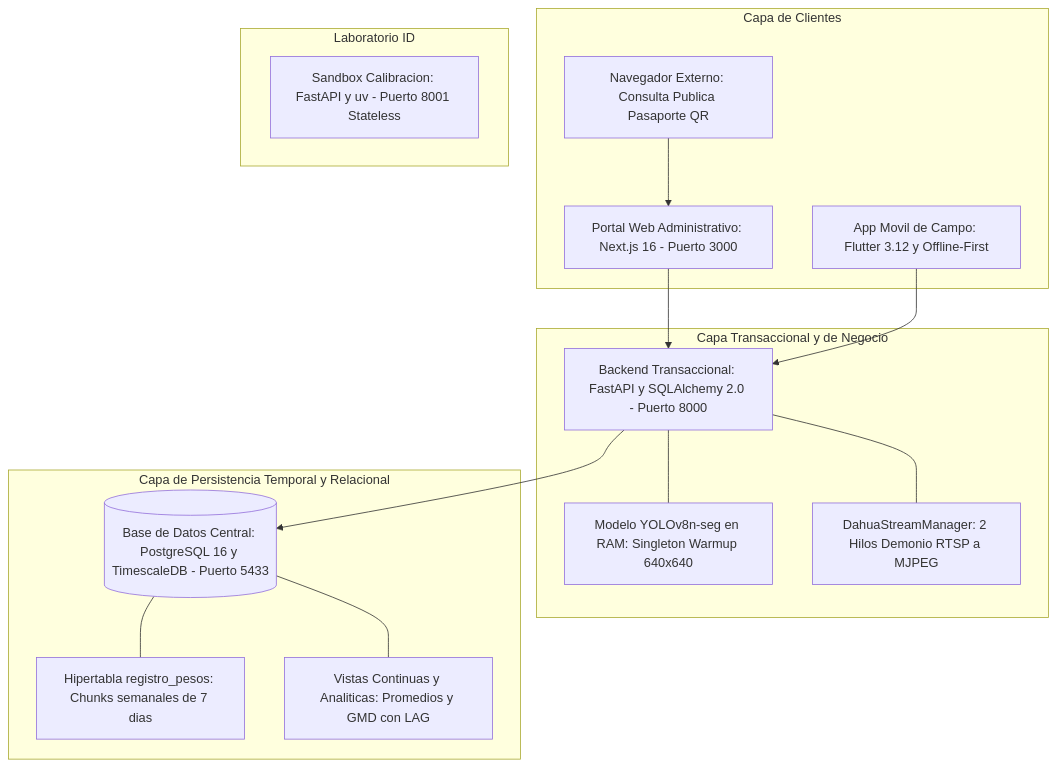
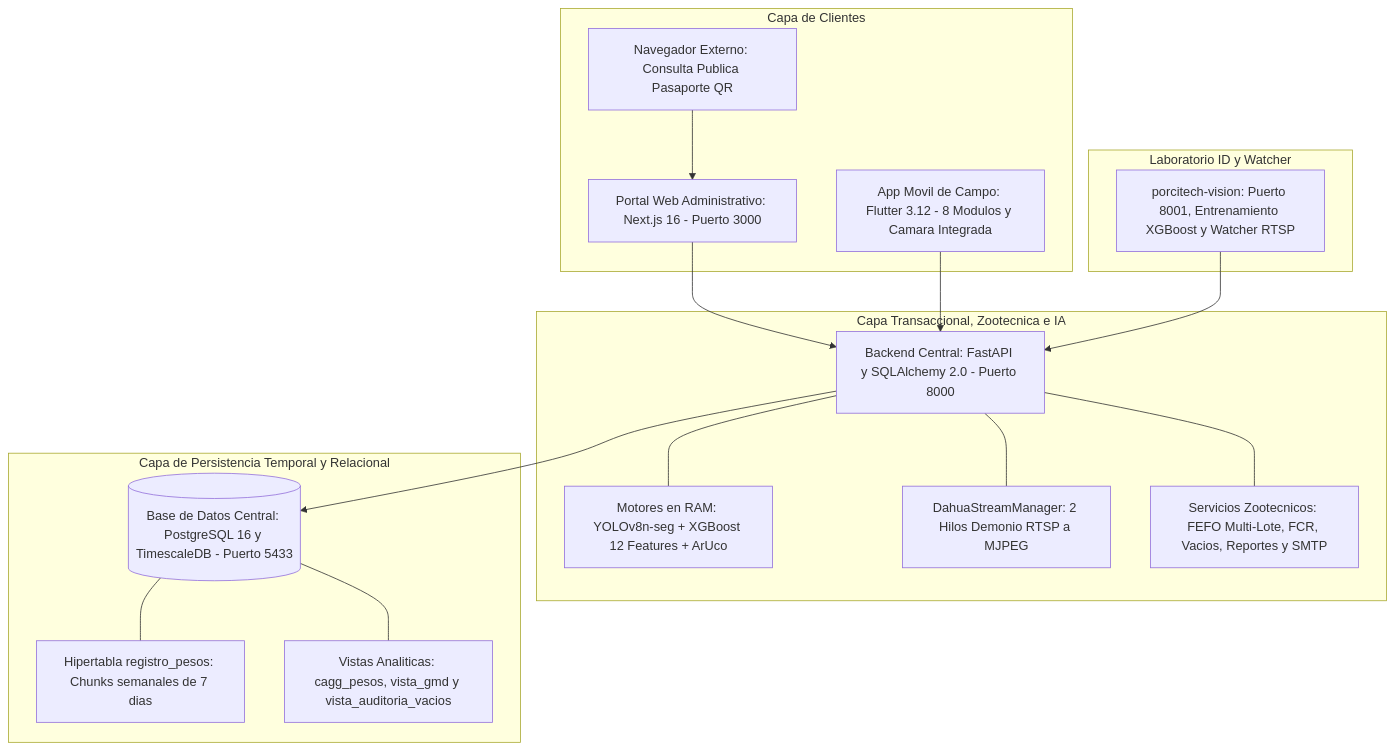
Before and after one commit to DevAvirama/CODIGO_FUENTE_PORCITECH: the third of 8 diagrams in MANUAL_DISENO_TECNICO.md, drawn with Mermaid. The commit also changed other lines of this file and 1 other file, not shown here.

````diff
--- a/MANUAL_DISENO_TECNICO.md
+++ b/MANUAL_DISENO_TECNICO.md
@@ -199,35 +192,38 @@
 ```mermaid
 flowchart TB
     subgraph CLIENTES ["Capa de Clientes"]
         WEB["Portal Web Administrativo: Next.js 16 - Puerto 3000"]
-        MOVIL["App Movil de Campo: Flutter 3.12 y Offline-First"]
+        MOVIL["App Movil de Campo: Flutter 3.12 - 8 Modulos y Camara Integrada"]
         SCANNER["Navegador Externo: Consulta Publica Pasaporte QR"]
     end
 
-    subgraph API_GATEWAY ["Capa Transaccional y de Negocio"]
-        API["Backend Transaccional: FastAPI y SQLAlchemy 2.0 - Puerto 8000"]
-        YOLO_MEM["Modelo YOLOv8n-seg en RAM: Singleton Warmup 640x640"]
+    subgraph API_GATEWAY ["Capa Transaccional, Zootecnica e IA"]
+        API["Backend Central: FastAPI y SQLAlchemy 2.0 - Puerto 8000"]
+        IA_MEM["Motores en RAM: YOLOv8n-seg + XGBoost 12 Features + ArUco"]
         DAHUA_MNGR["DahuaStreamManager: 2 Hilos Demonio RTSP a MJPEG"]
+        ZOOT_SRV["Servicios Zootecnicos: FEFO Multi-Lote, FCR, Vacios, Reportes y SMTP"]
     end
 
     subgraph PERSISTENCIA ["Capa de Persistencia Temporal y Relacional"]
         DB[("Base de Datos Central: PostgreSQL 16 y TimescaleDB - Puerto 5433")]
         HYPERTABLE["Hipertabla registro_pesos: Chunks semanales de 7 dias"]
-        CAGGS["Vistas Continuas y Analiticas: Promedios y GMD con LAG"]
+        CAGGS["Vistas Analiticas: cagg_pesos, vista_gmd y vista_auditoria_vacios"]
     end
 
-    subgraph SANDBOX ["Laboratorio ID"]
-        VISION_LAB["Sandbox Calibracion: FastAPI y uv - Puerto 8001 Stateless"]
+    subgraph SANDBOX ["Laboratorio ID y Watcher"]
+        VISION_LAB["porcitech-vision: Puerto 8001, Entrenamiento XGBoost y Watcher RTSP"]
     end
 
     WEB --> API
     MOVIL --> API
     SCANNER --> WEB
+    VISION_LAB --> API
 
-    API --- YOLO_MEM
+    API --- IA_MEM
     API --- DAHUA_MNGR
+    API --- ZOOT_SRV
     API --> DB
 
     DB --- HYPERTABLE
     DB --- CAGGS
 ```
````
